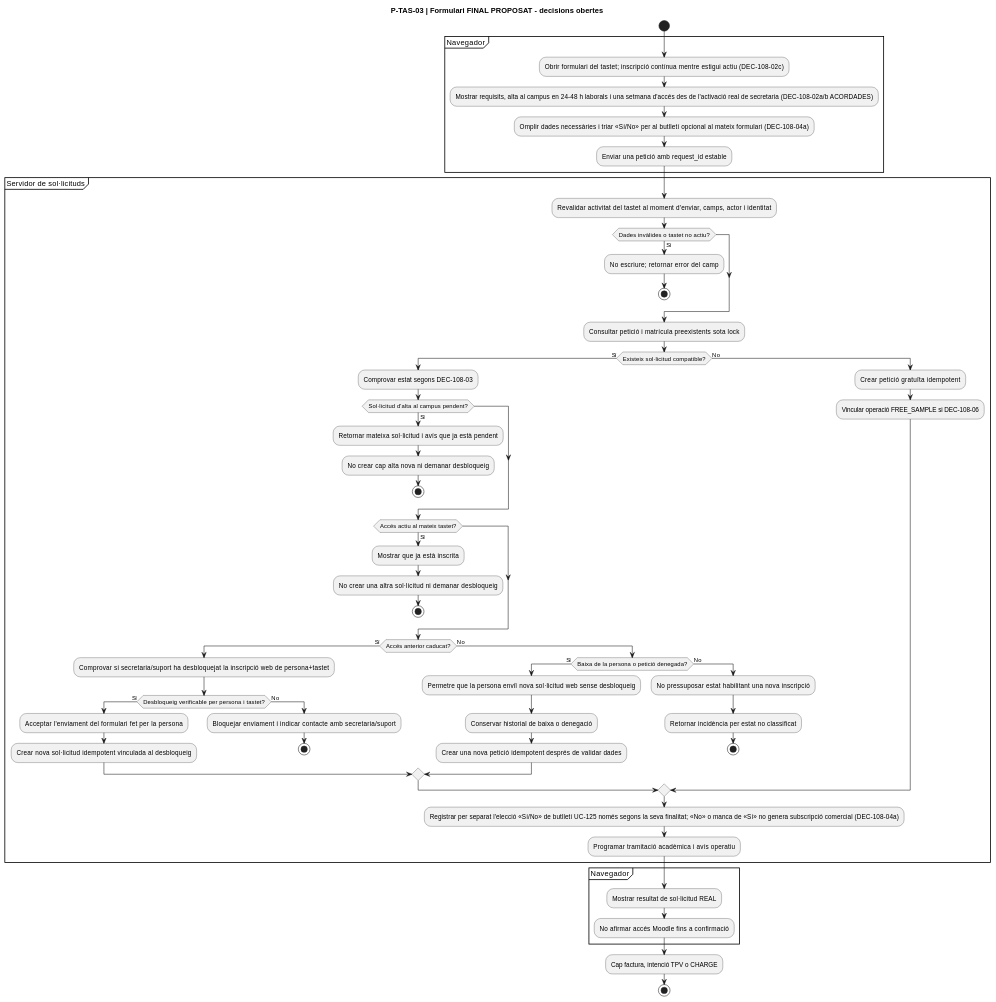
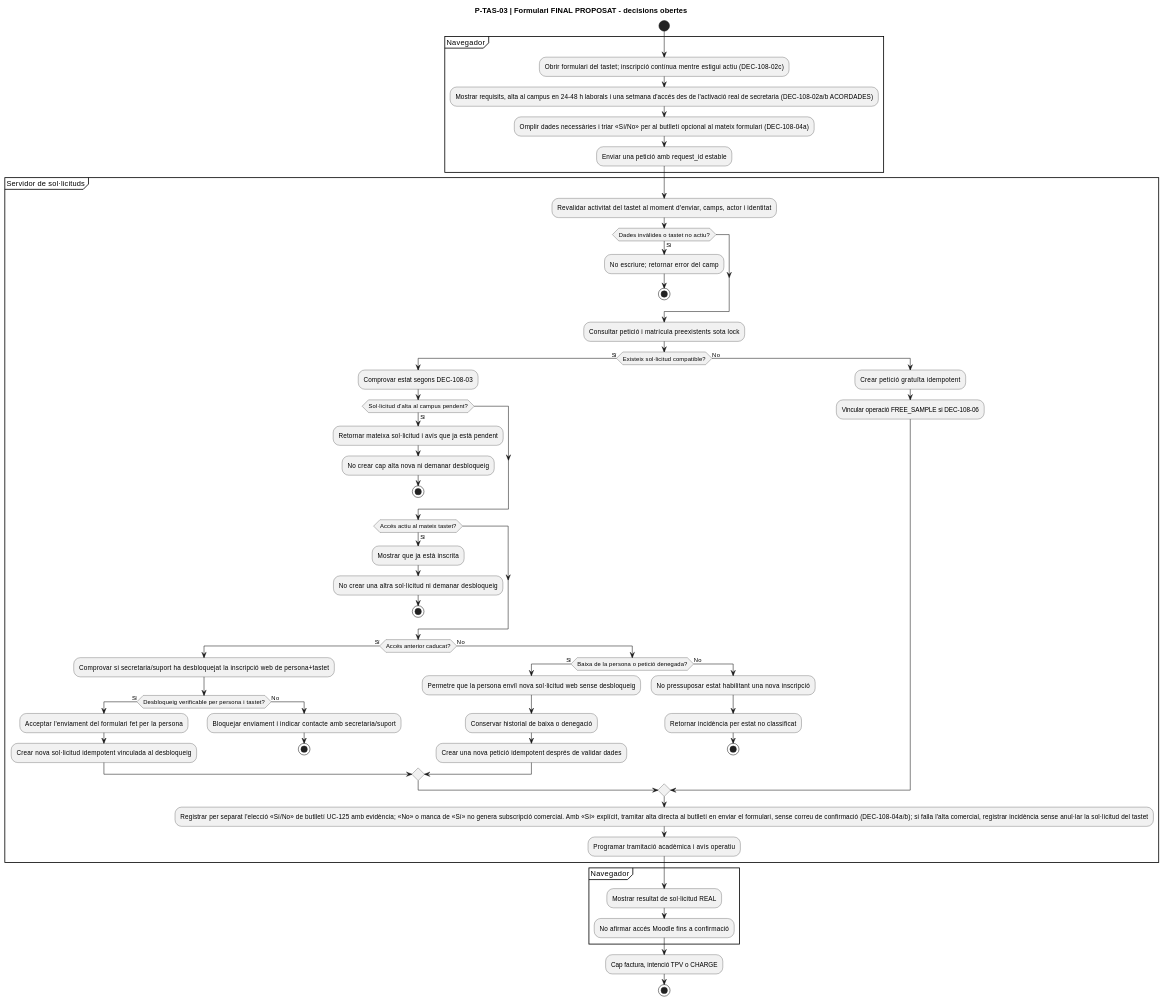
One commit to orgmeriemprismacat-del/verifactu changed diagram 16 of 32 in documentacio/07-uml-integrat/uc-108-activitats-pagines-tastets-actual-final.md. Above: the diagram before and after it, drawn with PlantUML. The commit also changed other lines of this file, not shown here.

Commit message:
docs(uml): UC-108 explicit yes activates newsletter directly without second email

````diff
--- a/documentacio/07-uml-integrat/uc-108-activitats-pagines-tastets-actual-final.md
+++ b/documentacio/07-uml-integrat/uc-108-activitats-pagines-tastets-actual-final.md
@@ -367,64 +367,64 @@
 ```plantuml
 @startuml
 title P-TAS-03 | Formulari FINAL PROPOSAT - decisions obertes
 start
 partition "Navegador" {
   :Obrir formulari del tastet; inscripció contínua mentre estigui actiu (DEC-108-02c);
   :Mostrar requisits, alta al campus en 24–48 h laborals i una setmana d'accés des de l'activació real de secretaria (DEC-108-02a/b ACORDADES);
   :Omplir dades necessàries i triar «Sí/No» per al butlletí opcional al mateix formulari (DEC-108-04a);
   :Enviar una petició amb request_id estable;
 }
 partition "Servidor de sol·licituds" {
   :Revalidar activitat del tastet al moment d'enviar, camps, actor i identitat;
   if (Dades invàlides o tastet no actiu?) then (Sí)
     :No escriure; retornar error del camp;
     stop
   endif
   :Consultar petició i matrícula preexistents sota lock;
   if (Existeix sol·licitud compatible?) then (Sí)
     :Comprovar estat segons DEC-108-03;
     if (Sol·licitud d'alta al campus pendent?) then (Sí)
       :Retornar mateixa sol·licitud i avís que ja està pendent;
       :No crear cap alta nova ni demanar desbloqueig;
       stop
     endif
     if (Accés actiu al mateix tastet?) then (Sí)
       :Mostrar que ja està inscrita;
       :No crear una altra sol·licitud ni demanar desbloqueig;
       stop
     endif
     if (Accés anterior caducat?) then (Sí)
       :Comprovar si secretaria/suport ha desbloquejat la inscripció web de persona+tastet;
       if (Desbloqueig verificable per persona i tastet?) then (Sí)
         :Acceptar l'enviament del formulari fet per la persona;
         :Crear nova sol·licitud idempotent vinculada al desbloqueig;
       else (No)
         :Bloquejar enviament i indicar contacte amb secretaria/suport;
         stop
       endif
     else (No)
       if (Baixa de la persona o petició denegada?) then (Sí)
         :Permetre que la persona enviï nova sol·licitud web sense desbloqueig;
         :Conservar historial de baixa o denegació;
         :Crear una nova petició idempotent després de validar dades;
       else (No)
         :No pressuposar estat habilitant una nova inscripció;
         :Retornar incidència per estat no classificat;
         stop
       endif
     endif
   else (No)
     :Crear petició gratuïta idempotent;
     :Vincular operació FREE_SAMPLE si DEC-108-06;
   endif
-  :Registrar per separat l'elecció «Sí/No» de butlletí UC-125 només segons la seva finalitat; «No» o manca de «Sí» no genera subscripció comercial (DEC-108-04a);
+  :Registrar per separat l'elecció «Sí/No» de butlletí UC-125 amb evidència; «No» o manca de «Sí» no genera subscripció comercial. Amb «Sí» explícit, tramitar alta directa al butlletí en enviar el formulari, sense correu de confirmació (DEC-108-04a/b); si falla l'alta comercial, registrar incidència sense anul·lar la sol·licitud del tastet;
   :Programar tramitació acadèmica i avís operatiu;
 }
 partition "Navegador" {
   :Mostrar resultat de sol·licitud REAL;
   :No afirmar accés Moodle fins a confirmació;
 }
 :Cap factura, intenció TPV o CHARGE;
 stop
 @enduml
 ```
````
